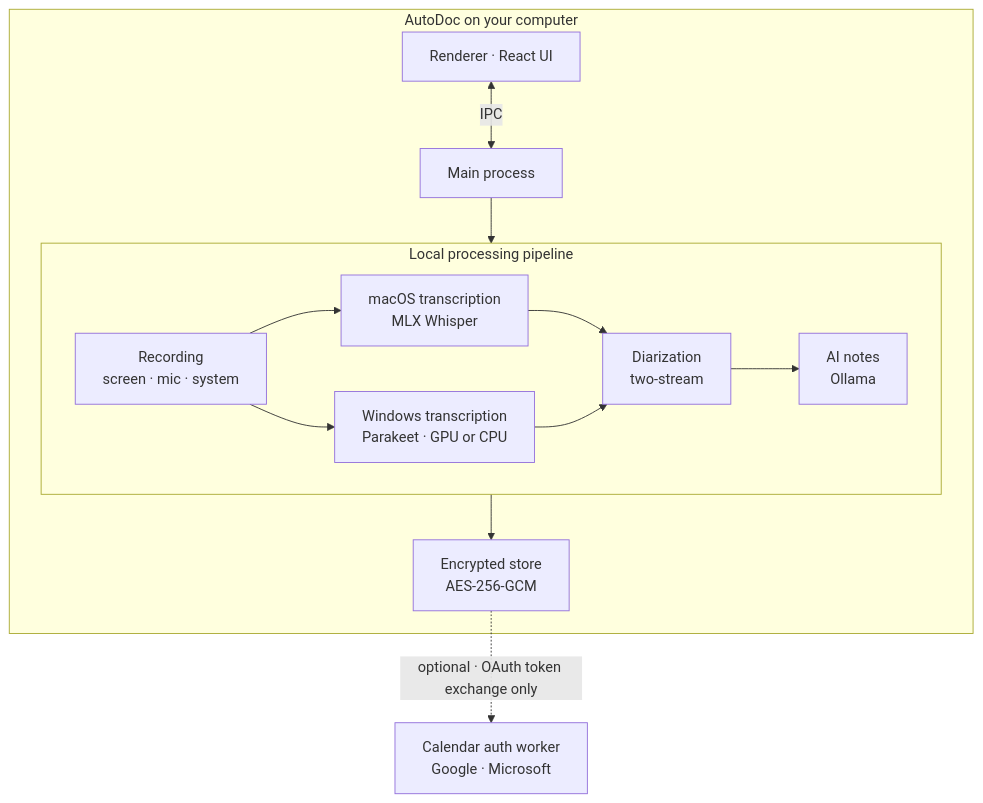
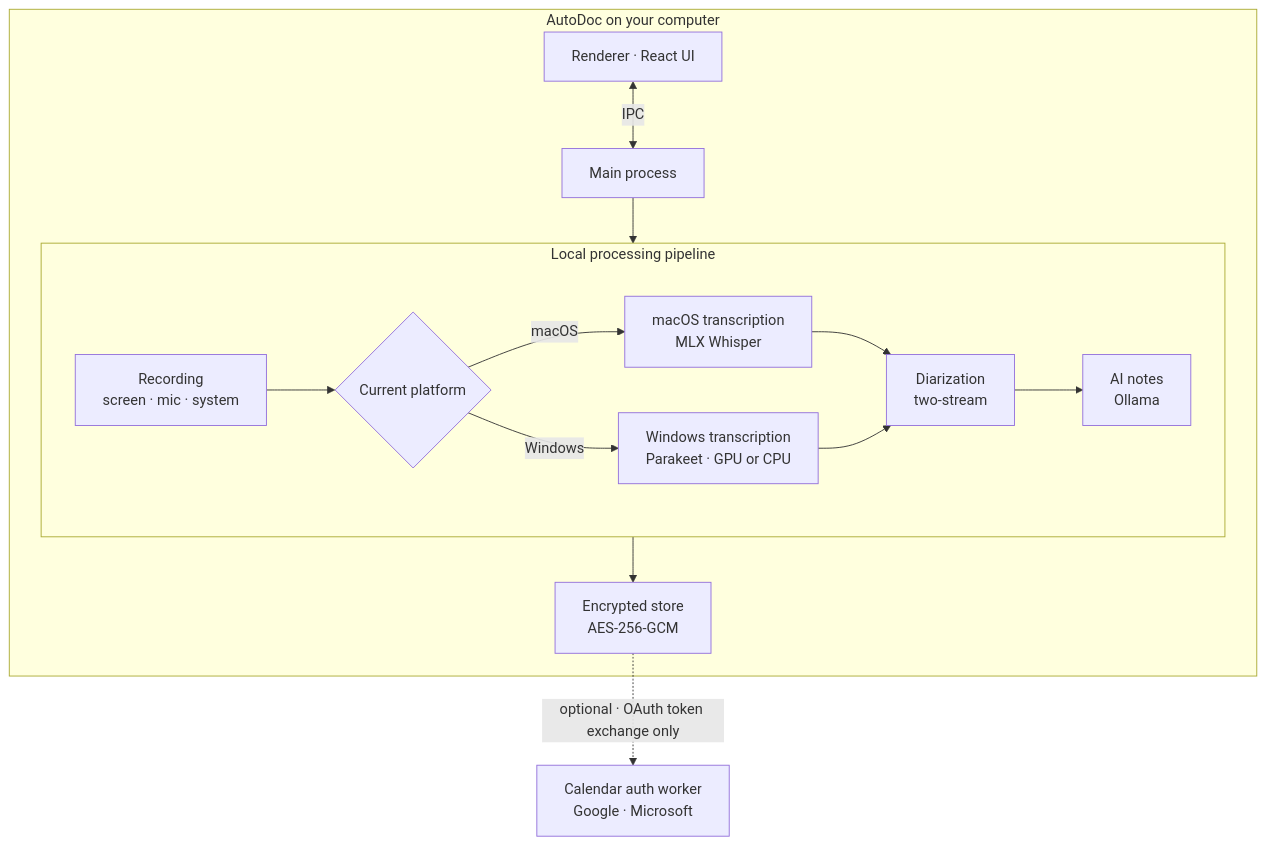
One commit to DuetDisplay/AutoDoc changed the diagram in README.md. Above: the diagram before and after it, drawn with Mermaid. The commit also changed other lines of this file and 3 other files, not shown here.

````diff
--- a/README.md
+++ b/README.md
@@ -196,25 +196,27 @@
 ```mermaid
 flowchart TB
   subgraph app["AutoDoc on your computer"]
     UI["Renderer · React UI"] <-->|IPC| Main["Main process"]
 
     subgraph pipeline["Local processing pipeline"]
       direction LR
       Rec["Recording<br/>screen · mic · system"]
+      Platform{"Current platform"}
       MacTrans["macOS transcription<br/>MLX Whisper"]
       WinTrans["Windows transcription<br/>Parakeet · GPU or CPU"]
       Diar["Diarization<br/>two-stream"]
       Notes["AI notes<br/>Ollama"]
     end
 
     Main --> Rec
-    Rec --> MacTrans
-    Rec --> WinTrans
+    Rec --> Platform
+    Platform -->|macOS| MacTrans
+    Platform -->|Windows| WinTrans
     MacTrans --> Diar
     WinTrans --> Diar
     Diar --> Notes
     Notes --> Store["Encrypted store<br/>AES-256-GCM"]
   end
 
   Store -.->|"optional · OAuth token exchange only"| Auth["Calendar auth worker<br/>Google · Microsoft"]
 ```
````
